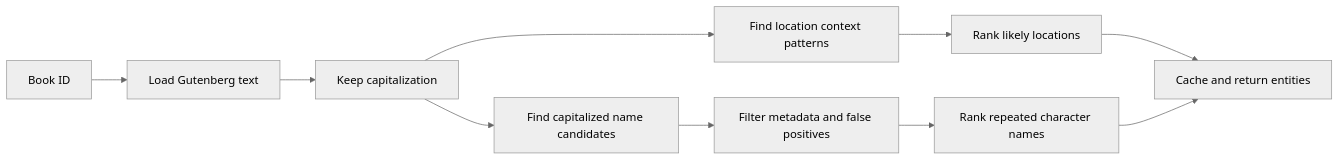
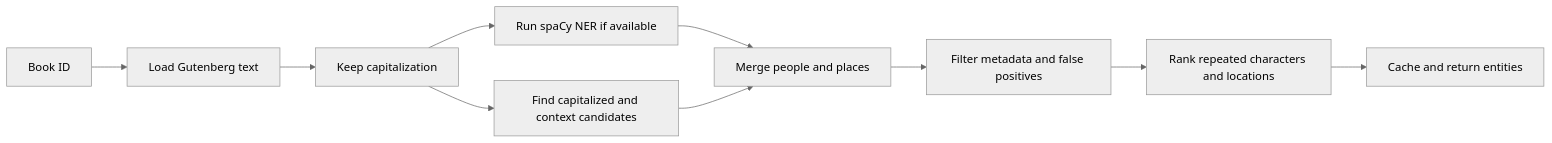
One commit to LouiseNedjma13/T-AIA-600-MAR_4 changed the third of 6 diagrams in README.md. Above: the diagram before and after it, drawn with Mermaid (neutral theme). The commit also changed other lines of this file and 22 other files, not shown here.

Commit message:
Improve NLP pipeline with spaCy entities and richer recommendations

````diff
--- a/README.md
+++ b/README.md
@@ -162,12 +186,12 @@
 ```mermaid
 flowchart LR
     A[Book ID] --> B[Load Gutenberg text]
     B --> C[Keep capitalization]
-    C --> D[Find capitalized name candidates]
-    C --> E[Find location context patterns]
-    D --> F[Filter metadata and false positives]
-    E --> G[Rank likely locations]
-    F --> H[Rank repeated character names]
-    G --> I[Cache and return entities]
-    H --> I
+    C --> D[Run spaCy NER if available]
+    C --> E[Find capitalized and context candidates]
+    D --> F[Merge people and places]
+    E --> F
+    F --> G[Filter metadata and false positives]
+    G --> H[Rank repeated characters and locations]
+    H --> I[Cache and return entities]
 ```
````
